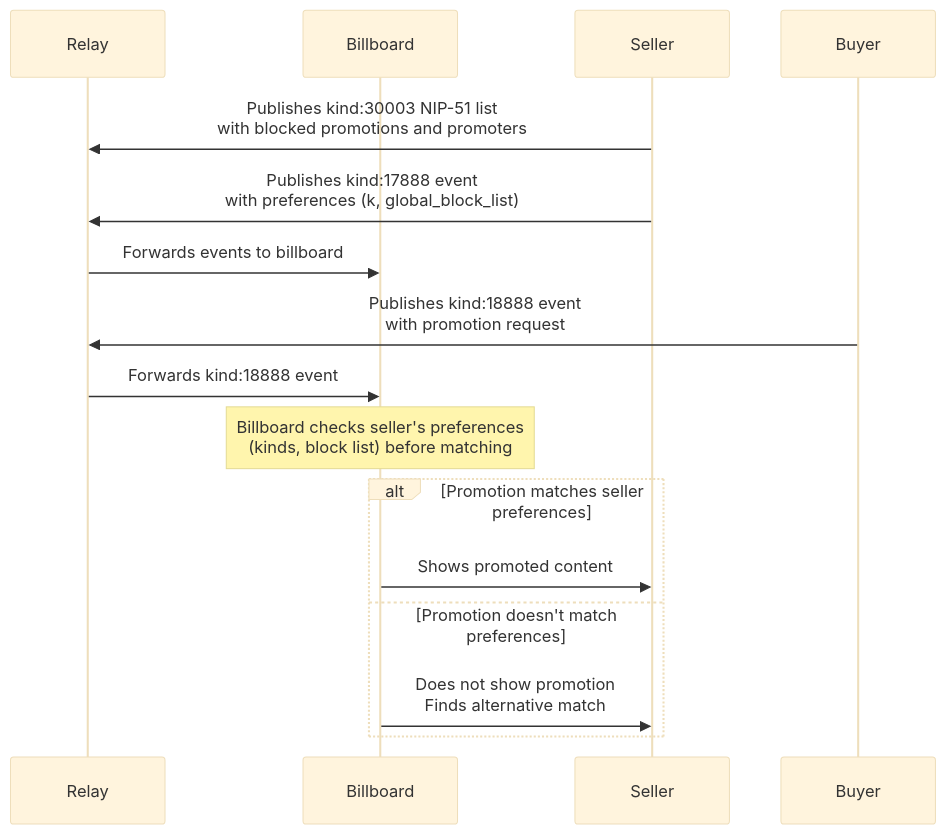
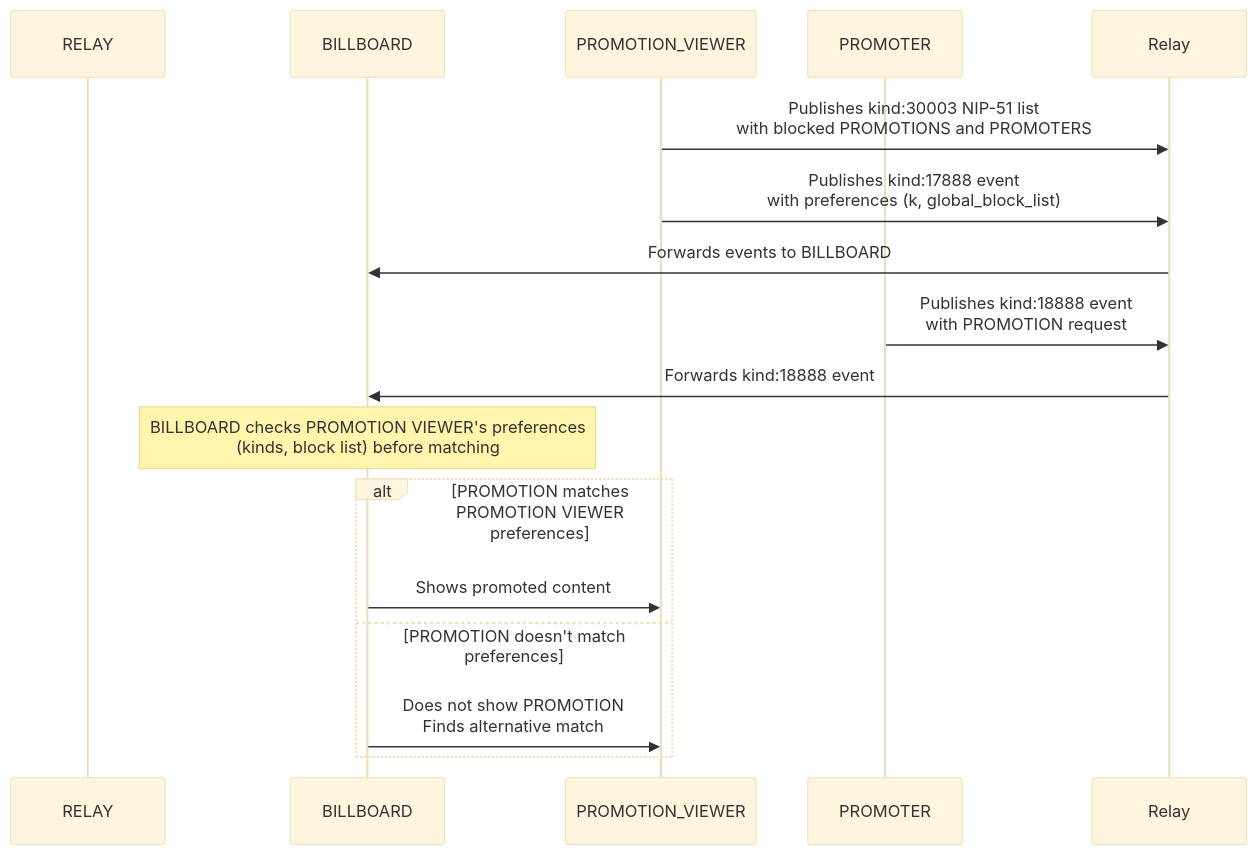
One commit to joinnextblock/attn-protocol changed the diagram in NIP-X3.md. Above: the diagram before and after it, drawn with Mermaid (base theme). The commit also changed other lines of this file and 4 other files, not shown here.

````diff
--- a/NIP-X3.md
+++ b/NIP-X3.md
@@ -117,21 +117,21 @@
 ```mermaid
 sequenceDiagram
-    participant Relay
-    participant Billboard
-    participant Seller
-    participant Buyer
+    participant RELAY
+    participant BILLBOARD
+    participant PROMOTION_VIEWER
+    participant PROMOTER
 
-    Seller->>Relay: Publishes kind:30003 NIP-51 list<br/>with blocked promotions and promoters
-    Seller->>Relay: Publishes kind:17888 event<br/>with preferences (k, global_block_list)
-    Relay->>Billboard: Forwards events to billboard
-    Buyer->>Relay: Publishes kind:18888 event<br/>with promotion request
-    Relay->>Billboard: Forwards kind:18888 event
+    PROMOTION_VIEWER->>Relay: Publishes kind:30003 NIP-51 list<br/>with blocked PROMOTIONS and PROMOTERS
+    PROMOTION_VIEWER->>Relay: Publishes kind:17888 event<br/>with preferences (k, global_block_list)
+    Relay->>BILLBOARD: Forwards events to BILLBOARD
+    PROMOTER->>Relay: Publishes kind:18888 event<br/>with PROMOTION request
+    Relay->>BILLBOARD: Forwards kind:18888 event
     
-    Note over Billboard: Billboard checks seller's preferences<br/>(kinds, block list) before matching
+    Note over BILLBOARD: BILLBOARD checks PROMOTION VIEWER's preferences<br/>(kinds, block list) before matching
     
-    alt Promotion matches seller preferences
-        Billboard->>Seller: Shows promoted content
-    else Promotion doesn't match preferences
-        Billboard->>Seller: Does not show promotion<br/>Finds alternative match
+    alt PROMOTION matches PROMOTION VIEWER preferences
+        BILLBOARD->>PROMOTION_VIEWER: Shows promoted content
+    else PROMOTION doesn't match preferences
+        BILLBOARD->>PROMOTION_VIEWER: Does not show PROMOTION<br/>Finds alternative match
     end
 ```
````
